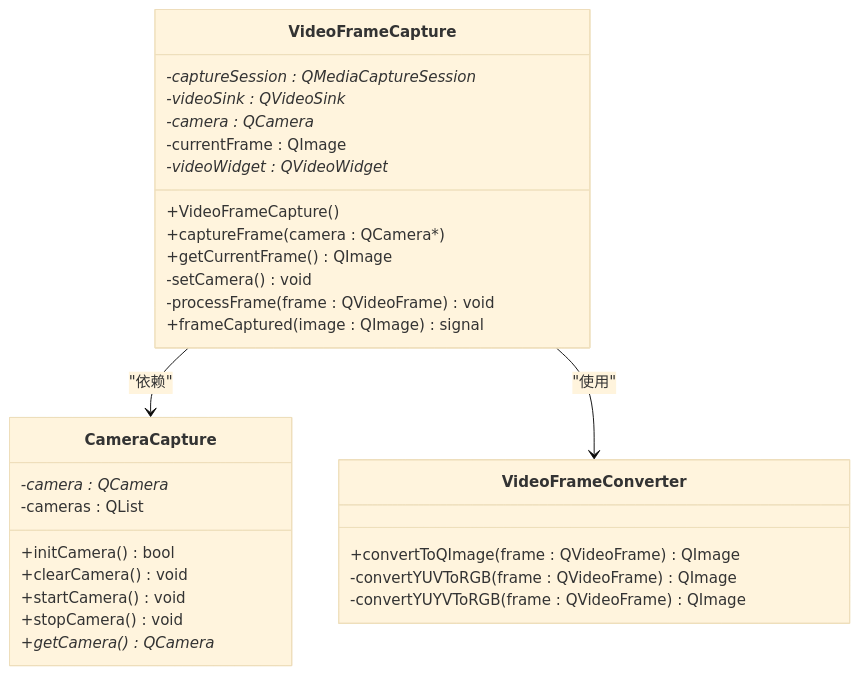
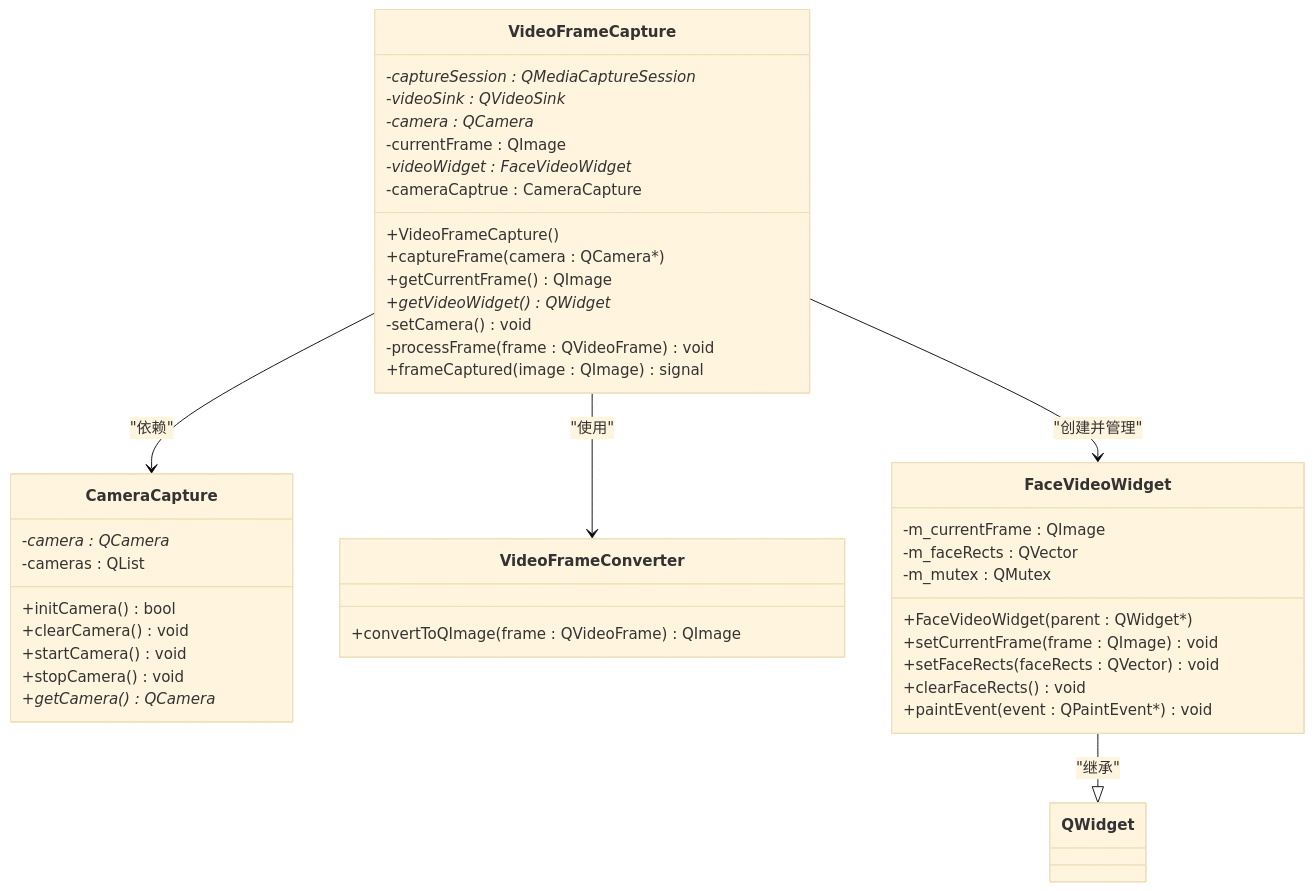
One commit to HeQiTZD/Triple-terminal-Attendance-Punching-System changed the third of 6 diagrams in .qoder/repowiki/zh/content/核心模块/摄像头采集模块/视频帧捕获.md. Above: the diagram before and after it, drawn with Mermaid (base theme). The commit also changed other lines of this file and 127 other files, not shown here.

````diff
--- a/.qoder/repowiki/zh/content/核心模块/摄像头采集模块/视频帧捕获.md
+++ b/.qoder/repowiki/zh/content/核心模块/摄像头采集模块/视频帧捕获.md
@@ -117,32 +147,44 @@
 ```mermaid
 classDiagram
 class VideoFrameCapture {
 +VideoFrameCapture()
 +captureFrame(camera : QCamera*)
 +getCurrentFrame() QImage
++getVideoWidget() QWidget*
 -setCamera() void
 -processFrame(frame : QVideoFrame) void
 +frameCaptured(image : QImage) signal
 -captureSession : QMediaCaptureSession*
 -videoSink : QVideoSink*
 -camera : QCamera*
 -currentFrame : QImage
--videoWidget : QVideoWidget*
+-videoWidget : FaceVideoWidget*
+-cameraCaptrue : CameraCapture
 }
 class CameraCapture {
 +initCamera() bool
 +clearCamera() void
 +startCamera() void
 +stopCamera() void
 +getCamera() QCamera*
 -camera : QCamera*
 -cameras : QList<QCameraDevice>
 }
 class VideoFrameConverter {
 +convertToQImage(frame : QVideoFrame) QImage
--convertYUVToRGB(frame : QVideoFrame) QImage
--convertYUYVToRGB(frame : QVideoFrame) QImage
+}
+class FaceVideoWidget {
++FaceVideoWidget(parent : QWidget*)
++setCurrentFrame(frame : QImage) void
++setFaceRects(faceRects : QVector<FaceRectInfo>) void
++clearFaceRects() void
++paintEvent(event : QPaintEvent*) void
+-m_currentFrame : QImage
+-m_faceRects : QVector<FaceRectInfo>
+-m_mutex : QMutex
 }
 VideoFrameCapture --> CameraCapture : "依赖"
 VideoFrameCapture --> VideoFrameConverter : "使用"
+VideoFrameCapture --> FaceVideoWidget : "创建并管理"
+FaceVideoWidget --|> QWidget : "继承"
 ```
````
